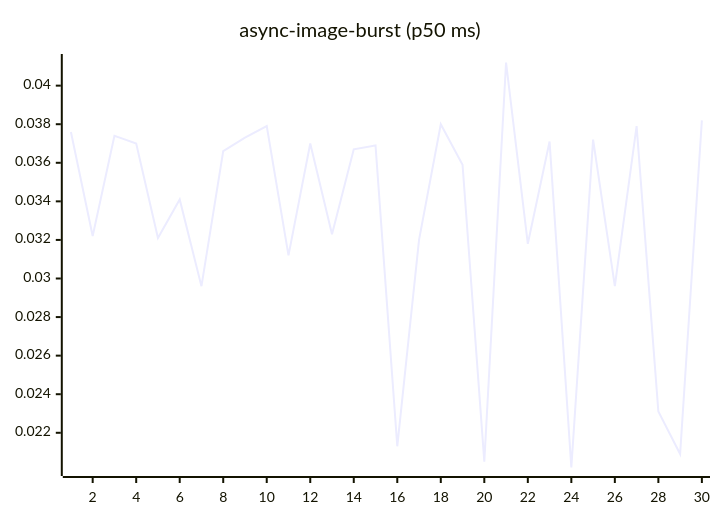
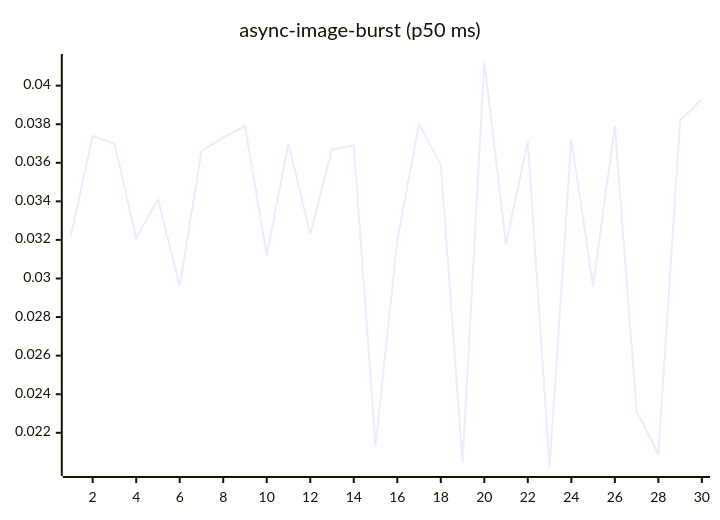
One commit to josha/Facet changed the fourth of 27 diagrams in README.md. Above: the diagram before and after it, drawn with Mermaid. The commit also changed other lines of this file and 2 other files, not shown here.

````diff
--- a/README.md
+++ b/README.md
@@ -84,6 +84,6 @@
 ```mermaid
 xychart-beta
     title "async-image-burst (p50 ms)"
     x-axis 1 --> 30
-    line [0.0376, 0.0322, 0.0374, 0.0370, 0.0321, 0.0341, 0.0296, 0.0366, 0.0373, 0.0379, 0.0312, 0.0370, 0.0323, 0.0367, 0.0369, 0.0213, 0.0320, 0.0380, 0.0359, 0.0205, 0.0412, 0.0318, 0.0371, 0.0202, 0.0372, 0.0296, 0.0379, 0.0231, 0.0209, 0.0382]
+    line [0.0322, 0.0374, 0.0370, 0.0321, 0.0341, 0.0296, 0.0366, 0.0373, 0.0379, 0.0312, 0.0370, 0.0323, 0.0367, 0.0369, 0.0213, 0.0320, 0.0380, 0.0359, 0.0205, 0.0412, 0.0318, 0.0371, 0.0202, 0.0372, 0.0296, 0.0379, 0.0231, 0.0209, 0.0382, 0.0393]
 ```
````
